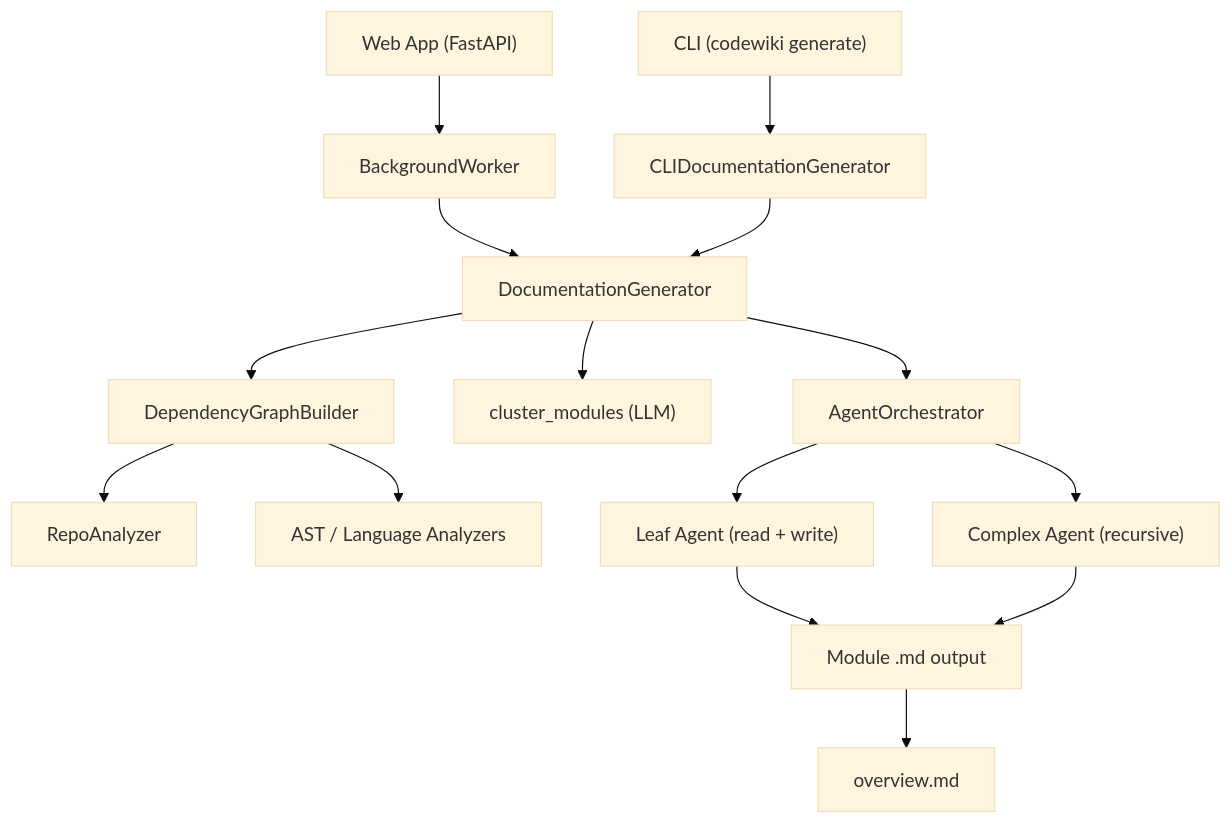
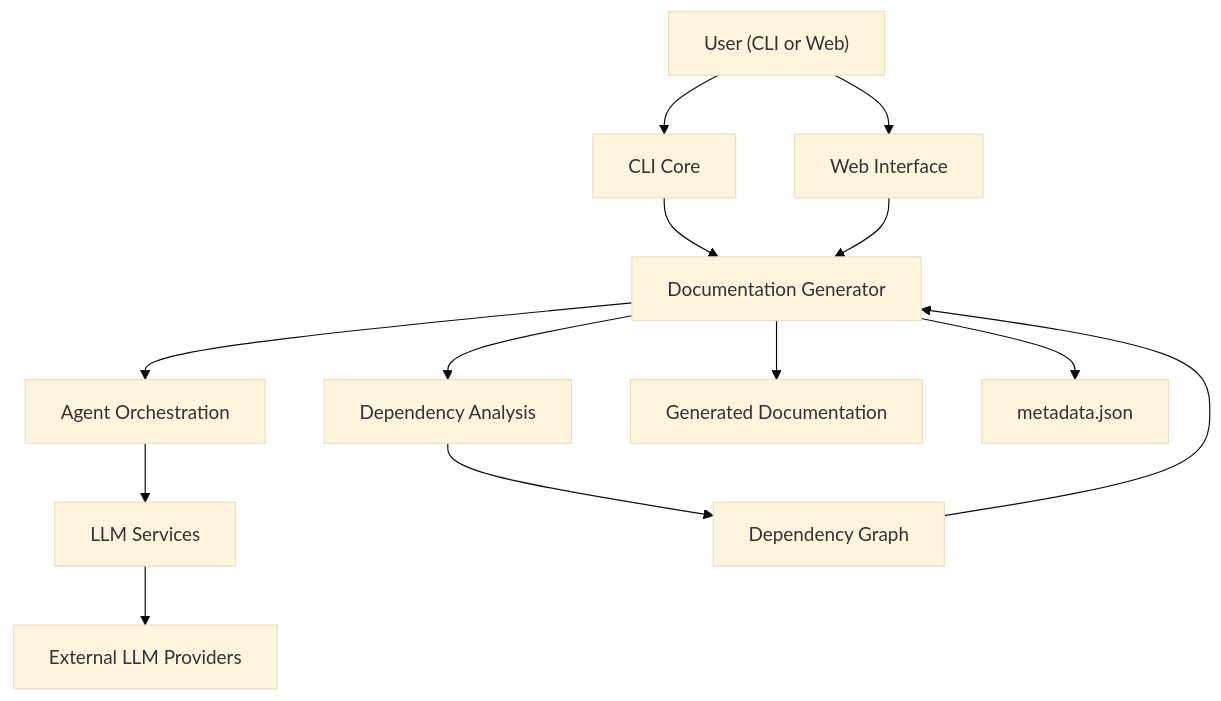
Before and after one commit to flamingo-stack/CodeWiki: the first of 2 diagrams in docs/getting-started/introduction.md, drawn with Mermaid (base theme). The commit also changed other lines of this file and 7 other files, not shown here.

````diff
--- a/docs/getting-started/introduction.md
+++ b/docs/getting-started/introduction.md
@@ -49,17 +15,21 @@
 ```mermaid
-graph TD
-    CLI["CLI (codewiki generate)"] --> CG["CLIDocumentationGenerator"]
-    WebApp["Web App (FastAPI)"] --> BW["BackgroundWorker"]
-    BW --> DG["DocumentationGenerator"]
-    CG --> DG
-    DG --> DGB["DependencyGraphBuilder"]
-    DG --> CM["cluster_modules (LLM)"]
-    DG --> AO["AgentOrchestrator"]
-    DGB --> RA["RepoAnalyzer"]
-    DGB --> AP["AST / Language Analyzers"]
-    AO --> LA["Leaf Agent (read + write)"]
-    AO --> CA["Complex Agent (recursive)"]
-    LA --> MD["Module .md output"]
-    CA --> MD
-    MD --> OV["overview.md"]
+flowchart TD
+    User["User (CLI or Web)"] --> CLI["CLI Core"]
+    User --> FE["Web Interface"]
+
+    CLI --> DG["Documentation Generator"]
+    FE --> DG
+
+    DG --> DA["Dependency Analysis"]
+    DG --> AO["Agent Orchestration"]
+
+    AO --> LLM["LLM Services"]
+
+    DA --> Graph["Dependency Graph"]
+    Graph --> DG
+
+    DG --> FileSystem["Generated Documentation"]
+    DG --> Metadata["metadata.json"]
+
+    LLM --> External["External LLM Providers"]
 ```
````
